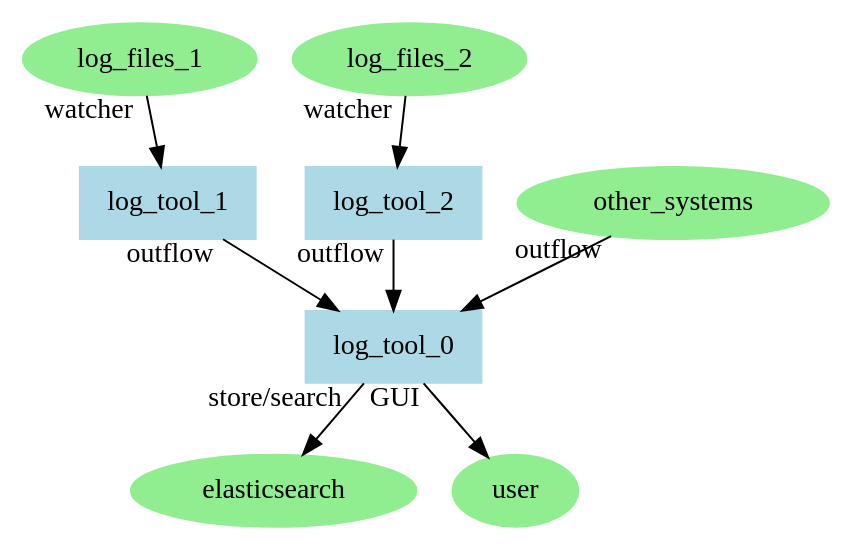
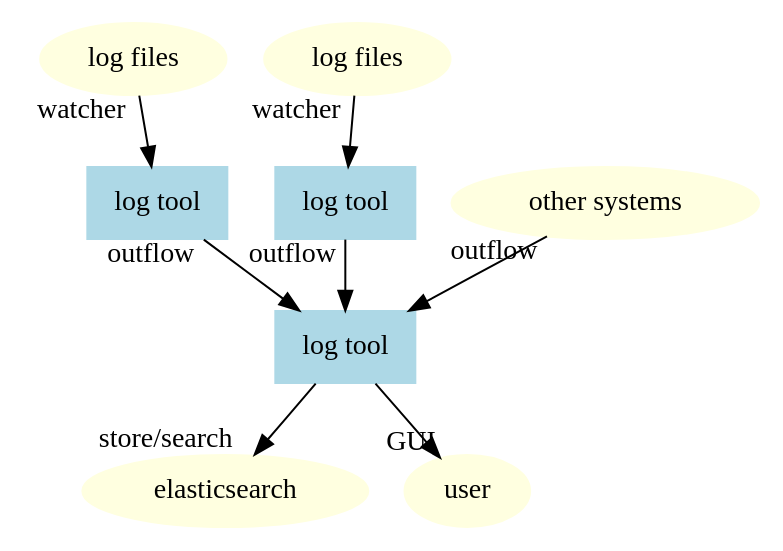
Before and after one commit to plantain-00/log-tool: the diagram in architecture.dot, drawn with Graphviz. The commit also changed 3 other files, not shown here.

```diff
--- a/architecture.dot
+++ b/architecture.dot
@@ -1,18 +1,18 @@
 digraph architecture {
     log_files_1 -> log_tool_1 [taillabel="watcher"]
     log_files_2 -> log_tool_2 [taillabel="watcher"]
     log_tool_1 -> log_tool_0 [taillabel="outflow"]
     log_tool_2 -> log_tool_0 [taillabel="outflow"]
     other_systems -> log_tool_0 [taillabel="outflow"]
-    log_tool_0 -> elasticsearch [taillabel="store/search"]
-    log_tool_0 -> user [taillabel="GUI"]
+    log_tool_0 -> elasticsearch [headlabel="store/search"]
+    log_tool_0 -> user [headlabel="GUI"]
 
-    log_files_1[color = lightgreen, style = filled]
-    log_files_2[color = lightgreen, style = filled]
-    elasticsearch[color = lightgreen, style = filled]
-    user[color = lightgreen, style = filled]
-    other_systems[color = lightgreen, style = filled]
-    log_tool_1[shape = box, color = lightblue, style = filled]
-    log_tool_2[shape = box, color = lightblue, style = filled]
-    log_tool_0[shape = box, color = lightblue, style = filled]
+    log_files_1[color = lightyellow, label = "log files", style = filled]
+    log_files_2[color = lightyellow, label = "log files", style = filled]
+    elasticsearch[color = lightyellow, style = filled]
+    user[color = lightyellow, style = filled]
+    other_systems[color = lightyellow, label = "other systems", style = filled]
+    log_tool_1[shape = box, color = lightblue, label = "log tool", style = filled]
+    log_tool_2[shape = box, color = lightblue, label = "log tool", style = filled]
+    log_tool_0[shape = box, color = lightblue, label = "log tool", style = filled]
 }
```
